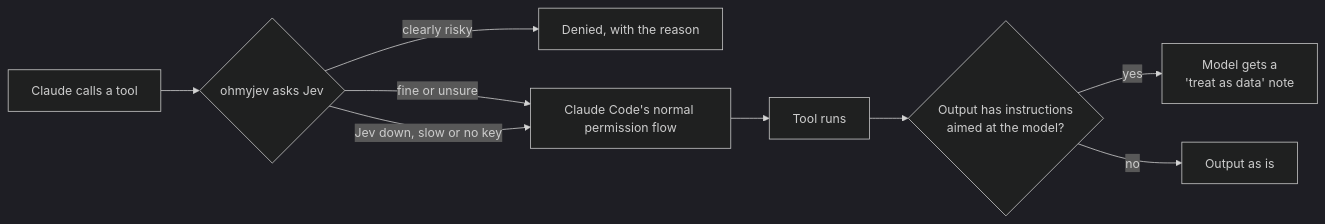
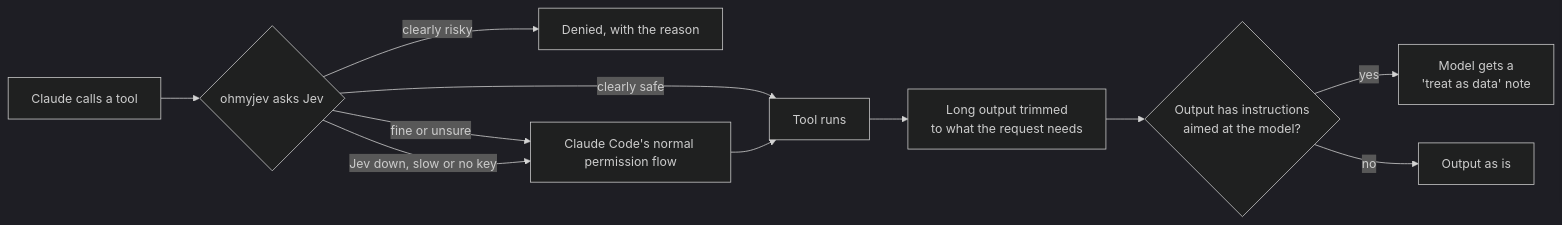
The diagram in README.md (Novacon/ohmyjev), drawn with Mermaid (dark theme) before and after one commit. The commit also changed other lines of this file and 15 other files, not shown here.

````diff
--- a/README.md
+++ b/README.md
@@ -85,11 +102,13 @@
 ```mermaid
 flowchart LR
     A[Claude calls a tool] --> B{ohmyjev asks Jev}
     B -- clearly risky --> C[Denied, with the reason]
+    B -- clearly safe --> E
     B -- fine or unsure --> D[Claude Code's normal permission flow]
     B -- Jev down, slow or no key --> D
     D --> E[Tool runs]
-    E --> F{Output has instructions<br>aimed at the model?}
+    E --> T[Long output trimmed<br>to what the request needs]
+    T --> F{Output has instructions<br>aimed at the model?}
     F -- yes --> G[Model gets a<br>'treat as data' note]
     F -- no --> H[Output as is]
 ```
````
